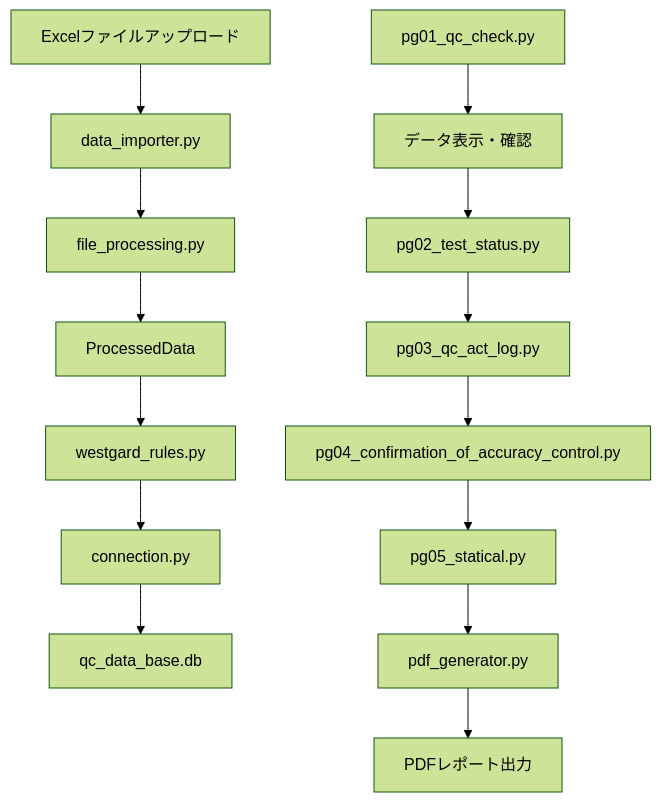
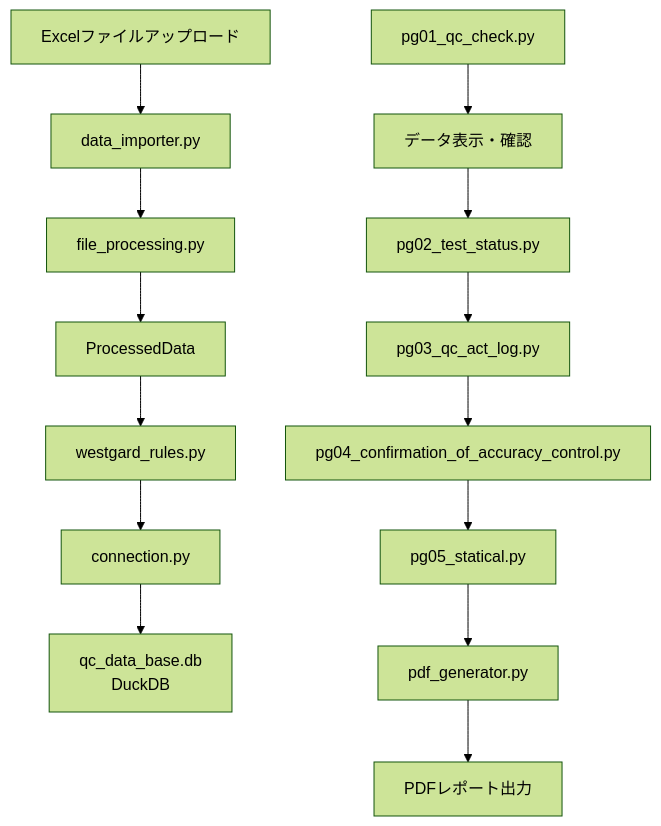
The second of 2 diagrams in docs/archive/project_specification.md (takashi-oi/qc_ariken_tpkyo), drawn with Mermaid (forest theme) before and after one commit. The commit also changed other lines of this file and 2 other files, not shown here.

Commit message:
docs: 仕様書を更新（DuckDB移行とpg05_statical.py機能詳細を反映）

````diff
--- a/docs/archive/project_specification.md
+++ b/docs/archive/project_specification.md
@@ -150,16 +169,16 @@
 ```mermaid
 flowchart TD
     A[Excelファイルアップロード] --> B[data_importer.py]
     B --> C[file_processing.py]
     C --> D[ProcessedData]
     D --> E[westgard_rules.py]
     E --> F[connection.py]
-    F --> G[qc_data_base.db]
+    F --> G[qc_data_base.db<br/>DuckDB]
     H[pg01_qc_check.py] --> I[データ表示・確認]
     I --> J[pg02_test_status.py]
     J --> K[pg03_qc_act_log.py]
     K --> L[pg04_confirmation_of_accuracy_control.py]
     L --> M[pg05_statical.py]
     M --> N[pdf_generator.py]
     N --> O[PDFレポート出力]
 ```
````
